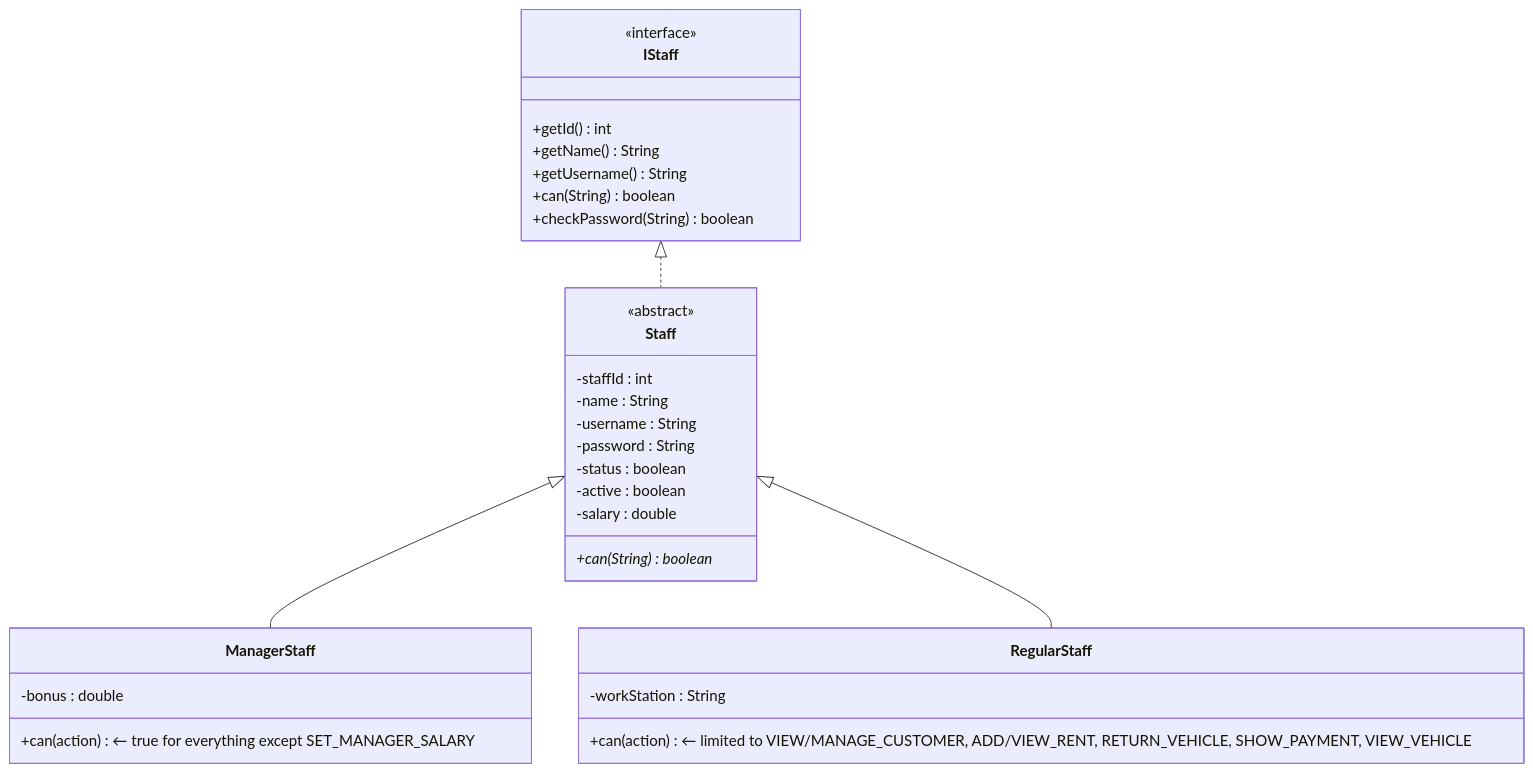
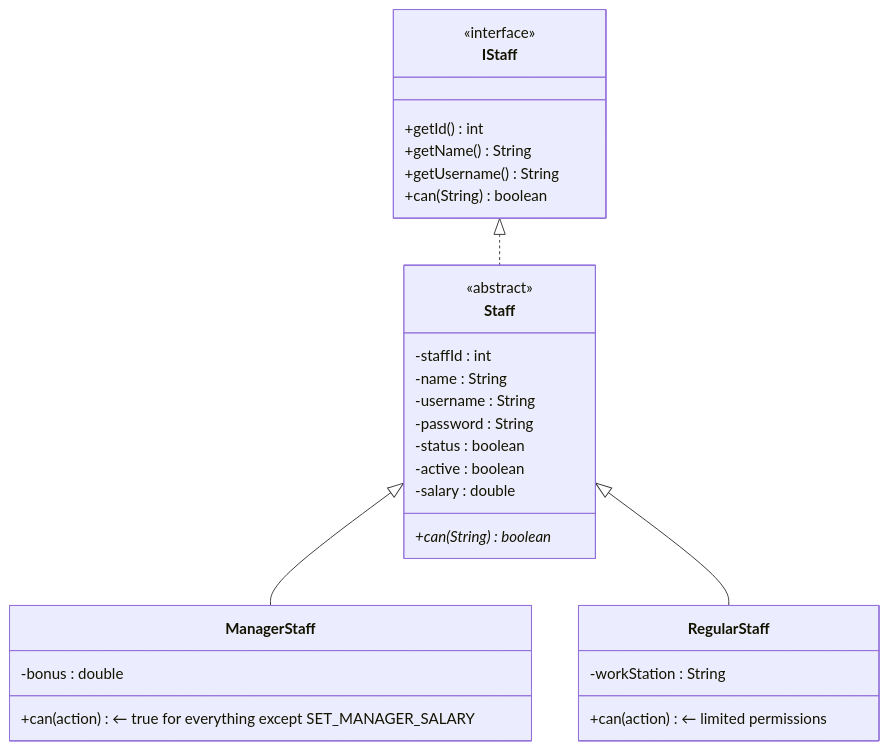
Before and after one commit to Ryuo-chhi/Vehicle-Rental-Management-System-Main-: the second of 2 diagrams in docs/project/project_summary.md, drawn with Mermaid. The commit also changed other lines of this file and 5 other files, not shown here.

````diff
--- a/docs/project/project_summary.md
+++ b/docs/project/project_summary.md
@@ -88,37 +125,36 @@
 ```mermaid
 classDiagram
     class IStaff {
         <<interface>>
         +getId() int
         +getName() String
         +getUsername() String
         +can(String) boolean
-        +checkPassword(String) boolean
     }
 
     class Staff {
         <<abstract>>
         -staffId : int
         -name : String
         -username : String
         -password : String
         -status : boolean
         -active : boolean
         -salary : double
         +can(String) boolean*
     }
 
     class ManagerStaff {
         -bonus : double
         +can(action) ← true for everything except SET_MANAGER_SALARY
     }
 
     class RegularStaff {
         -workStation : String
-        +can(action) ← limited to VIEW/MANAGE_CUSTOMER, ADD/VIEW_RENT, RETURN_VEHICLE, SHOW_PAYMENT, VIEW_VEHICLE
+        +can(action) ← limited permissions
     }
 
     IStaff <|.. Staff
     Staff <|-- ManagerStaff
     Staff <|-- RegularStaff
 ```
````
